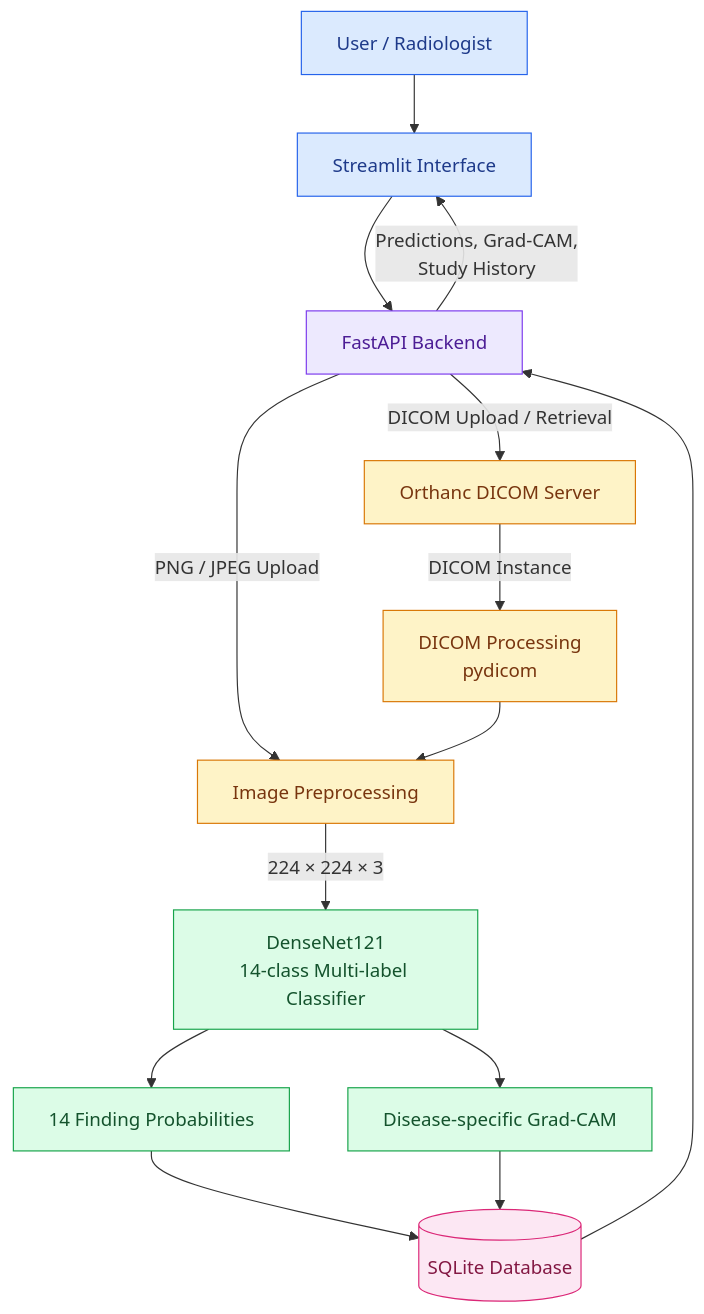
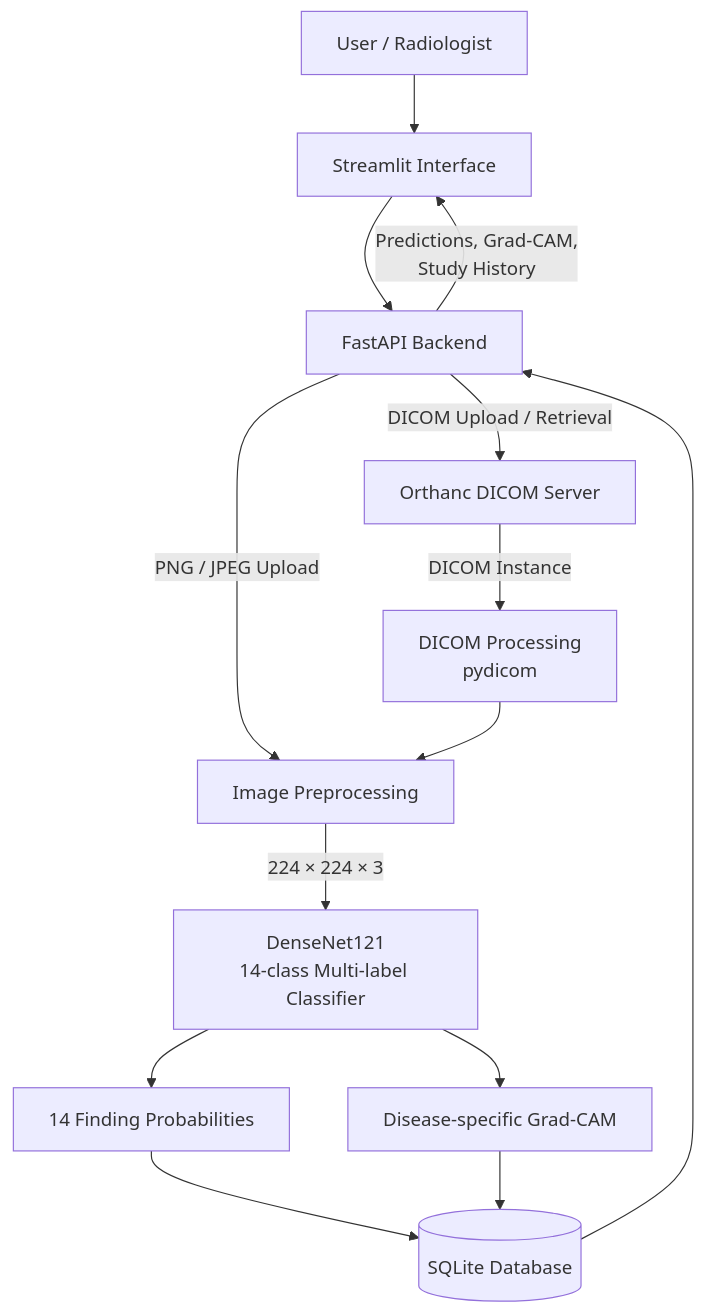
The diagram in README.md (Ayush-Singh2309/medical-imaging-ai), drawn with Mermaid before and after one commit. The commit also changed other lines of this file and 1 other file, not shown here.

````diff
--- a/README.md
+++ b/README.md
@@ -63,35 +65,22 @@
-``` mermaid
+```mermaid
 flowchart TB
     U["User / Radiologist"] --> UI["Streamlit Interface"]
-
     UI --> API["FastAPI Backend"]
 
     API -->|PNG / JPEG Upload| IMG["Image Preprocessing"]
     API -->|DICOM Upload / Retrieval| ORTHANC["Orthanc DICOM Server"]
 
     ORTHANC -->|DICOM Instance| DICOM["DICOM Processing<br/>pydicom"]
     DICOM --> IMG
 
     IMG -->|224 × 224 × 3| MODEL["DenseNet121<br/>14-class Multi-label Classifier"]
 
     MODEL --> PRED["14 Finding Probabilities"]
     MODEL --> CAM["Disease-specific Grad-CAM"]
 
     PRED --> DB[("SQLite Database")]
     CAM --> DB
 
     DB --> API
     API -->|Predictions, Grad-CAM,<br/>Study History| UI
-
-    classDef interface fill:#dbeafe,stroke:#2563eb,color:#1e3a8a
-    classDef backend fill:#ede9fe,stroke:#7c3aed,color:#4c1d95
-    classDef processing fill:#fef3c7,stroke:#d97706,color:#78350f
-    classDef model fill:#dcfce7,stroke:#16a34a,color:#14532d
-    classDef storage fill:#fce7f3,stroke:#db2777,color:#831843
-
-    class U,UI interface
-    class API backend
-    class IMG,ORTHANC,DICOM processing
-    class MODEL,PRED,CAM model
-    class DB storage
 ```
````
